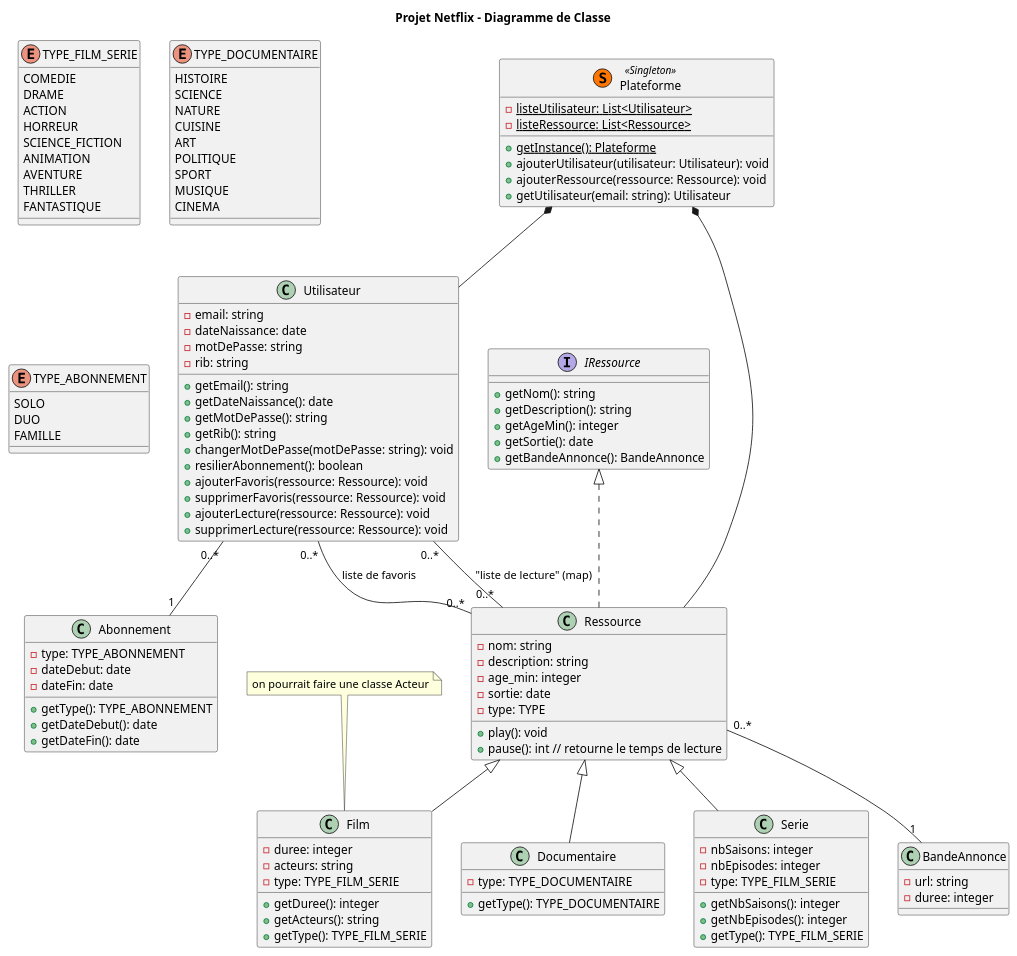
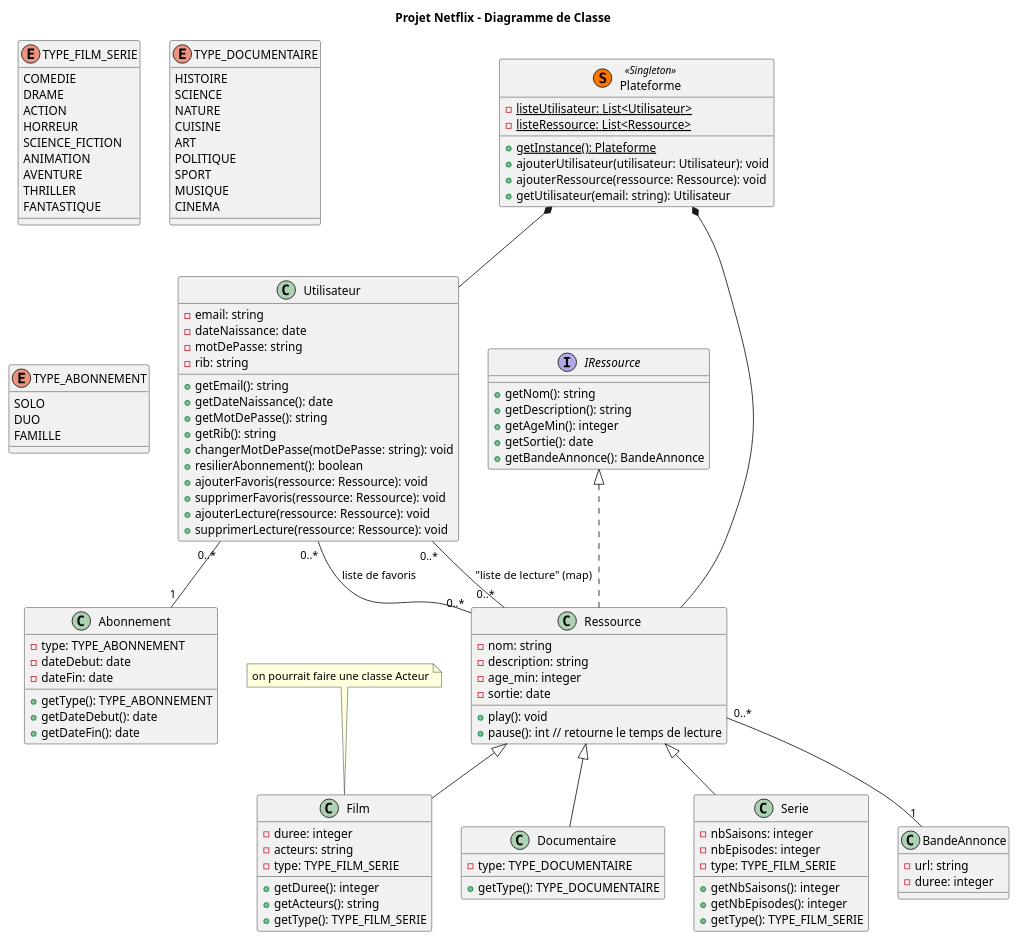
Before and after one commit to tigrou23/Netflix_JAVA: the diagram in diagramme.puml, drawn with PlantUML.

Commit message:
Changement de la gestion des types de ressources 2

```diff
--- a/diagramme.puml
+++ b/diagramme.puml
@@ -1,141 +1,140 @@
 @startuml
 
 title Projet Netflix - Diagramme de Classe
 
 class Plateforme << (S,#FF7700) Singleton >>{
     {static} - listeUtilisateur: List<Utilisateur>
     {static} - listeRessource: List<Ressource>
     {static} + getInstance(): Plateforme
     + ajouterUtilisateur(utilisateur: Utilisateur): void
     + ajouterRessource(ressource: Ressource): void
     + getUtilisateur(email: string): Utilisateur
 }
 
 Plateforme *-- Utilisateur
 Plateforme *-- Ressource
 
 /'
 ---- Définition des Ressources ----
 '/
 
 enum TYPE_FILM_SERIE {
     COMEDIE
     DRAME
     ACTION
     HORREUR
     SCIENCE_FICTION
     ANIMATION
     AVENTURE
     THRILLER
     FANTASTIQUE
 }
 
 enum TYPE_DOCUMENTAIRE{
     HISTOIRE
     SCIENCE
     NATURE
     CUISINE
     ART
     POLITIQUE
     SPORT
     MUSIQUE
     CINEMA
 }
 
 class BandeAnnonce{
     - url: string
     - duree: integer
 }
 
 interface IRessource{
     + getNom(): string
     + getDescription(): string
     + getAgeMin(): integer
     + getSortie(): date
     + getBandeAnnonce(): BandeAnnonce
 }
 
 note "on pourrait faire une classe Acteur" as acteur
 acteur .. Film
 
 abstract Ressource {
     - nom: string
     - description: string
     - age_min: integer
     - sortie: date
-    - type: TYPE
     + play(): void
     + pause(): int // retourne le temps de lecture
 }
 
 Ressource "0..*" -- "1" BandeAnnonce
 class Ressource implements IRessource
 
 class Film{
     - duree: integer
     - acteurs: string
     - type: TYPE_FILM_SERIE
     + getDuree(): integer
     + getActeurs(): string
     + getType(): TYPE_FILM_SERIE
 }
 
 class Documentaire{
     - type: TYPE_DOCUMENTAIRE
     + getType(): TYPE_DOCUMENTAIRE
 }
 
 class Serie{
     - nbSaisons: integer
     - nbEpisodes: integer
     - type: TYPE_FILM_SERIE
     + getNbSaisons(): integer
     + getNbEpisodes(): integer
     + getType(): TYPE_FILM_SERIE
 }
 
 class Film extends Ressource
 class Documentaire extends Ressource
 class Serie extends Ressource
 
 /'
 ---- Définition des Utilisateurs ----
 '/
 
 enum TYPE_ABONNEMENT{
     SOLO
     DUO
     FAMILLE
 }
 
 class Abonnement{
     - type: TYPE_ABONNEMENT
     - dateDebut: date
     - dateFin: date
     + getType(): TYPE_ABONNEMENT
     + getDateDebut(): date
     + getDateFin(): date
 }
 
 class Utilisateur{
     - email: string
     - dateNaissance: date
     - motDePasse: string
     - rib: string
     + getEmail(): string
     + getDateNaissance(): date
     + getMotDePasse(): string
     + getRib(): string
     + changerMotDePasse(motDePasse: string): void
     + resilierAbonnement(): boolean
     + ajouterFavoris(ressource: Ressource): void
     + supprimerFavoris(ressource: Ressource): void
     + ajouterLecture(ressource: Ressource): void
     + supprimerLecture(ressource: Ressource): void
 }
 
 Utilisateur "0..*" -- "0..*" Ressource : "liste de favoris"
 Utilisateur "0..*" -- "0..*" Ressource : "liste de lecture" (map)
 Utilisateur "0..*" -- "1" Abonnement
 
 @enduml
```
